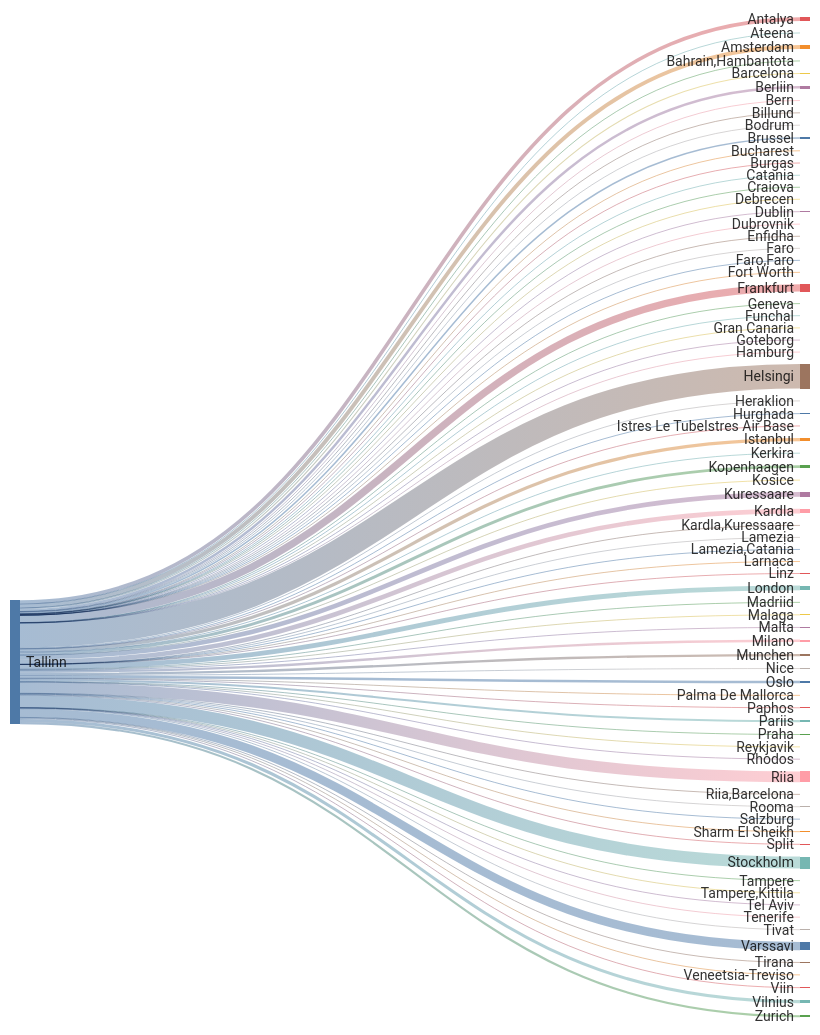
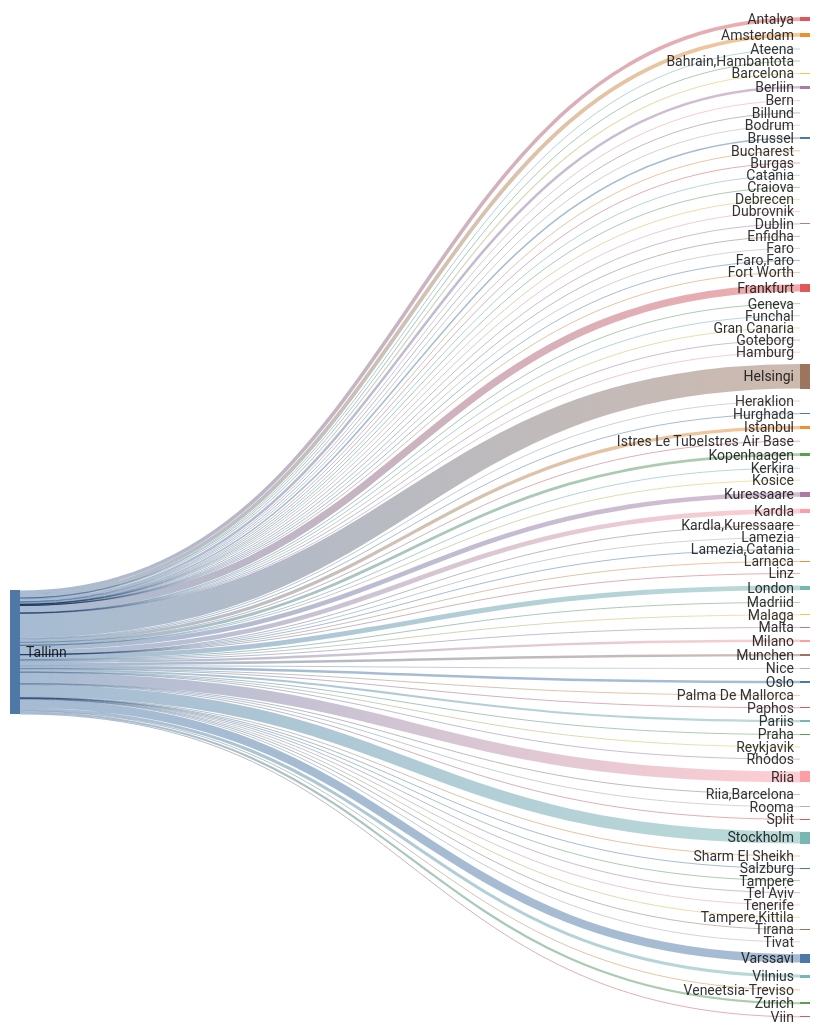
Before and after one commit to rainermesi/tll-airport-departures: the second of 2 diagrams in README.md, drawn with Mermaid. The commit also changed other lines of this file and 1 other file, not shown here.

````diff
--- a/README.md
+++ b/README.md
@@ -41,18 +41,18 @@
 ---
 sankey-beta
 %% source,target,value
-Tallinn,Amsterdam,437
-Tallinn,Antalya,404
+Tallinn,Amsterdam,439
+Tallinn,Antalya,406
 Tallinn,Ateena,16
 Tallinn,"Bahrain,Hambantota",1
-Tallinn,Barcelona,121
+Tallinn,Barcelona,123
 Tallinn,Berliin,280
 Tallinn,Bern,1
-Tallinn,Billund,70
+Tallinn,Billund,71
 Tallinn,Bodrum,11
 Tallinn,Brussel,174
 Tallinn,Bucharest,1
-Tallinn,Burgas,49
+Tallinn,Burgas,50
 Tallinn,Catania,2
 Tallinn,Craiova,1
 Tallinn,Debrecen,1
@@ -62,59 +62,59 @@
 Tallinn,Faro,4
 Tallinn,"Faro,Faro",1
 Tallinn,Fort Worth,1
-Tallinn,Frankfurt,810
+Tallinn,Frankfurt,813
 Tallinn,Funchal,5
 Tallinn,Geneva,13
 Tallinn,Gran Canaria,38
 Tallinn,Goteborg,2
 Tallinn,Hamburg,2
-Tallinn,Helsingi,2747
-Tallinn,Heraklion,86
+Tallinn,Helsingi,2755
+Tallinn,Heraklion,87
 Tallinn,Hurghada,75
-Tallinn,Istanbul,359
+Tallinn,Istanbul,360
 Tallinn,Istres Le TubeIstres Air Base,2
 Tallinn,Kerkira,4
 Tallinn,Kopenhaagen,328
 Tallinn,Kosice,1
-Tallinn,Kuressaare,522
-Tallinn,Kardla,523
+Tallinn,Kuressaare,523
+Tallinn,Kardla,524
 Tallinn,"Kardla,Kuressaare",1
 Tallinn,Lamezia,1
 Tallinn,"Lamezia,Catania",3
 Tallinn,Larnaca,4
 Tallinn,Linz,2
-Tallinn,London,542
+Tallinn,London,543
 Tallinn,Madriid,2
-Tallinn,Malaga,109
-Tallinn,Malta,25
+Tallinn,Malaga,110
+Tallinn,Malta,26
 Tallinn,Milano,265
 Tallinn,Munchen,272
 Tallinn,Nice,45
 Tallinn,Oslo,280
-Tallinn,Palma De Mallorca,29
+Tallinn,Palma De Mallorca,30
 Tallinn,Paphos,66
 Tallinn,Pariis,235
 Tallinn,Praha,76
-Tallinn,Reykjavik,13
+Tallinn,Reykjavik,14
 Tallinn,Rhodos,53
-Tallinn,Riia,1232
+Tallinn,Riia,1236
 Tallinn,"Riia,Barcelona",1
 Tallinn,Rooma,80
 Tallinn,Salzburg,14
 Tallinn,Sharm El Sheikh,100
 Tallinn,Split,46
-Tallinn,Stockholm,1354
+Tallinn,Stockholm,1358
 Tallinn,Tampere,17
 Tallinn,"Tampere,Kittila",21
 Tallinn,Tel Aviv,2
 Tallinn,Tenerife,58
 Tallinn,Tirana,27
 Tallinn,Tivat,56
-Tallinn,Varssavi,946
+Tallinn,Varssavi,949
 Tallinn,Veneetsia-Treviso,67
 Tallinn,Viin,106
 Tallinn,Vilnius,341
-Tallinn,Zurich,240
+Tallinn,Zurich,241
 
 
 ```
````
